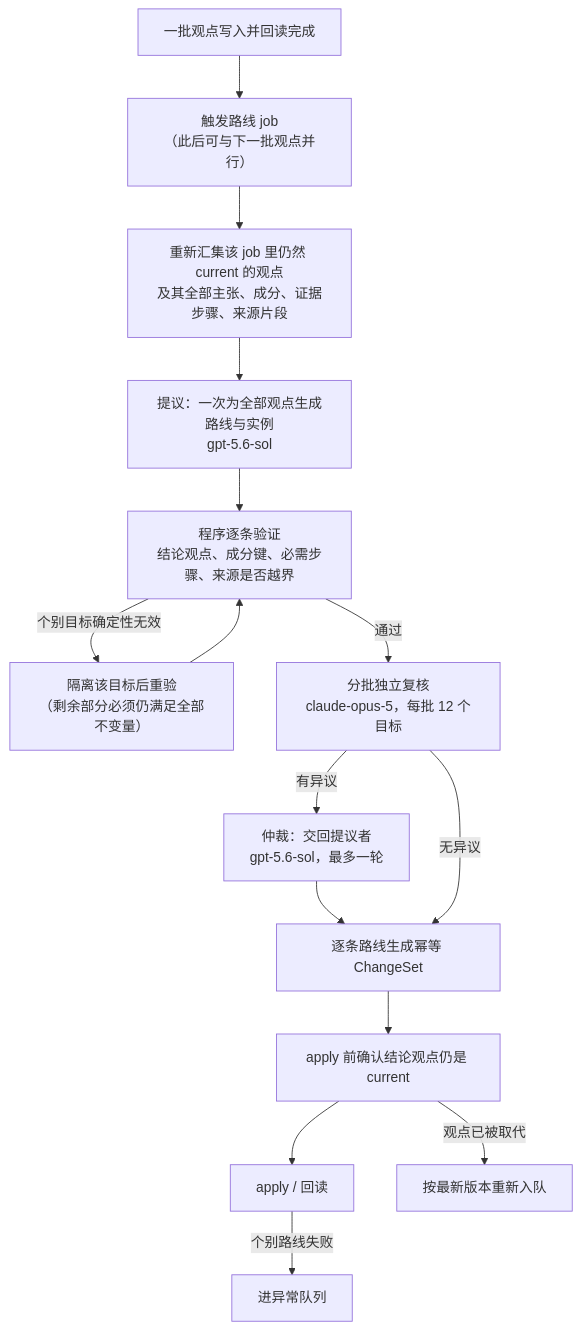
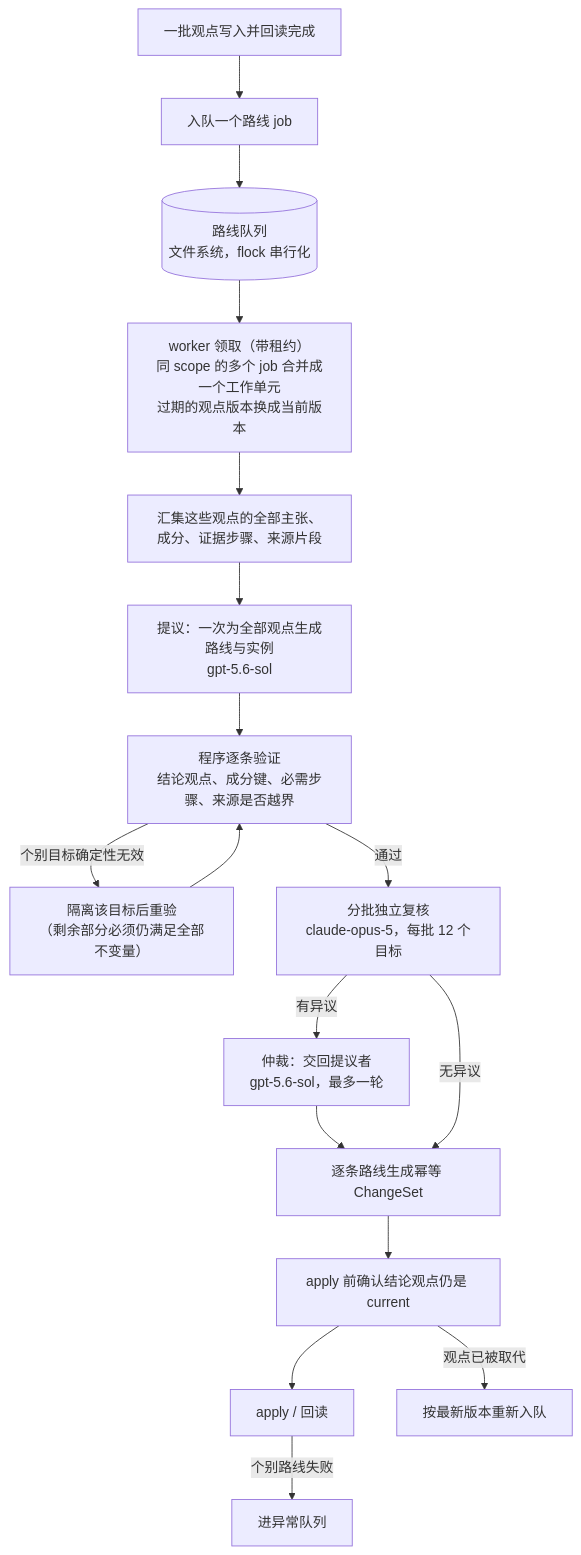
One commit to junyang168/smart-answer changed the fourth of 4 diagrams in docs/wang-knowledge-platform/20-knowledge/canonical_viewpoint_design.md. Above: the diagram before and after it, drawn with Mermaid. The commit also changed other lines of this file, not shown here.

````diff
--- a/docs/wang-knowledge-platform/20-knowledge/canonical_viewpoint_design.md
+++ b/docs/wang-knowledge-platform/20-knowledge/canonical_viewpoint_design.md
@@ -208,17 +208,19 @@
 ```mermaid
 flowchart TD
-    A["一批观点写入并回读完成"] --> J["触发路线 job<br/>（此后可与下一批观点并行）"]
-    J --> G["重新汇集该 job 里仍然 current 的观点<br/>及其全部主张、成分、证据步骤、来源片段"]
+    A["一批观点写入并回读完成"] --> J["入队一个路线 job"]
+    J --> QQ[("路线队列<br/>文件系统，flock 串行化")]
+    QQ --> CL["worker 领取（带租约）<br/>同 scope 的多个 job 合并成一个工作单元<br/>过期的观点版本换成当前版本"]
+    CL --> G["汇集这些观点的全部主张、成分、证据步骤、来源片段"]
     G --> P["提议：一次为全部观点生成路线与实例<br/>gpt-5.6-sol"]
     P --> V["程序逐条验证<br/>结论观点、成分键、必需步骤、来源是否越界"]
     V -->|"个别目标确定性无效"| I["隔离该目标后重验<br/>（剩余部分必须仍满足全部不变量）"]
     I --> V
     V -->|"通过"| R["分批独立复核<br/>claude-opus-5，每批 12 个目标"]
     R -->|"有异议"| C["仲裁：交回提议者<br/>gpt-5.6-sol，最多一轮"]
     C --> W
     R -->|"无异议"| W["逐条路线生成幂等 ChangeSet"]
     W --> K["apply 前确认结论观点仍是 current"]
     K --> RB["apply / 回读"]
     K -->|"观点已被取代"| Q["按最新版本重新入队"]
     RB -->|"个别路线失败"| E["进异常队列"]
 ```
````
